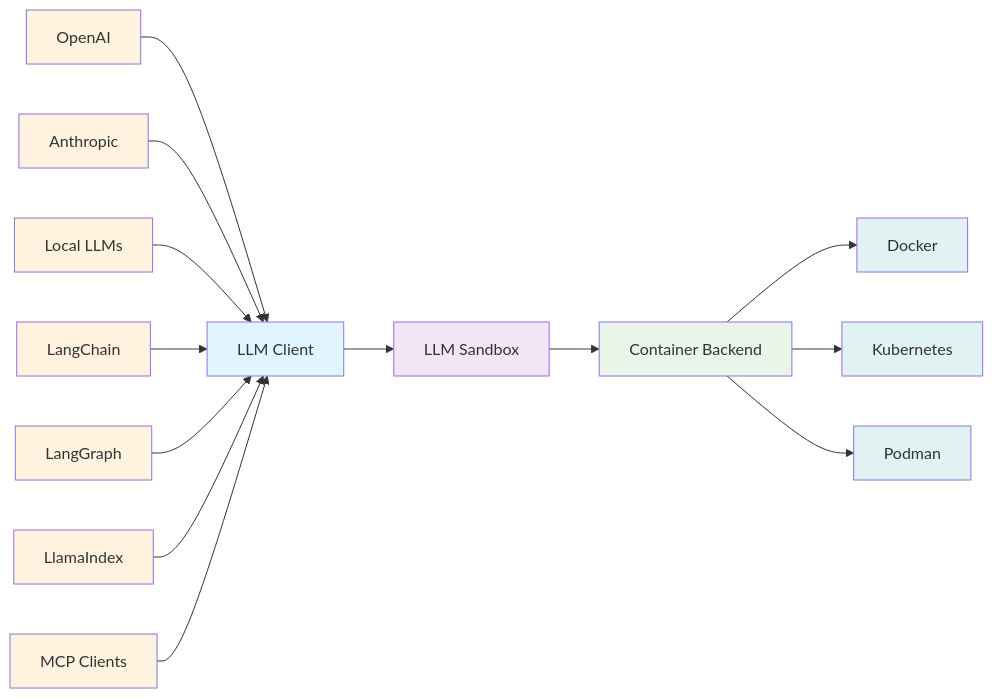
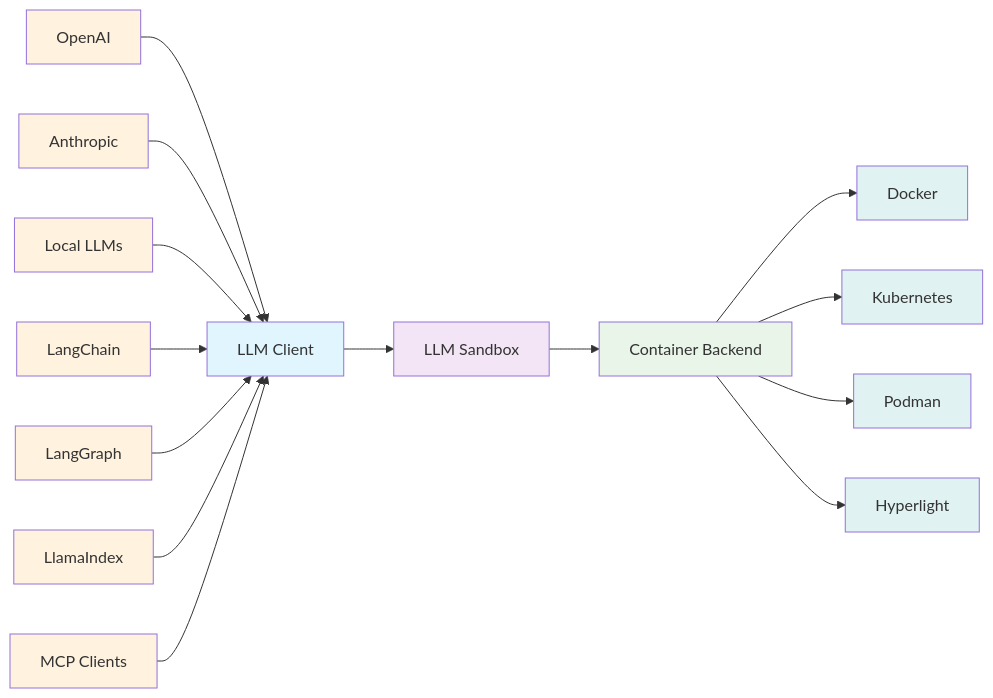
The diagram in README.md (vndee/llm-sandbox), drawn with Mermaid before and after one commit. The commit also changed other lines of this file and 7 other files, not shown here.

````diff
--- a/README.md
+++ b/README.md
@@ -597,31 +598,33 @@
 ```mermaid
 graph LR
     A[LLM Client] --> B[LLM Sandbox]
     B --> C[Container Backend]
 
     A1[OpenAI] --> A
     A2[Anthropic] --> A
     A3[Local LLMs] --> A
     A4[LangChain] --> A
     A5[LangGraph] --> A
     A6[LlamaIndex] --> A
     A7[MCP Clients] --> A
 
     C --> C1[Docker]
     C --> C2[Kubernetes]
     C --> C3[Podman]
+    C --> C4[Hyperlight]
 
     style A fill:#e1f5fe
     style B fill:#f3e5f5
     style C fill:#e8f5e8
     style A1 fill:#fff3e0
     style A2 fill:#fff3e0
     style A3 fill:#fff3e0
     style A4 fill:#fff3e0
     style A5 fill:#fff3e0
     style A6 fill:#fff3e0
     style A7 fill:#fff3e0
     style C1 fill:#e0f2f1
     style C2 fill:#e0f2f1
     style C3 fill:#e0f2f1
+    style C4 fill:#e0f2f1
 ```
````
